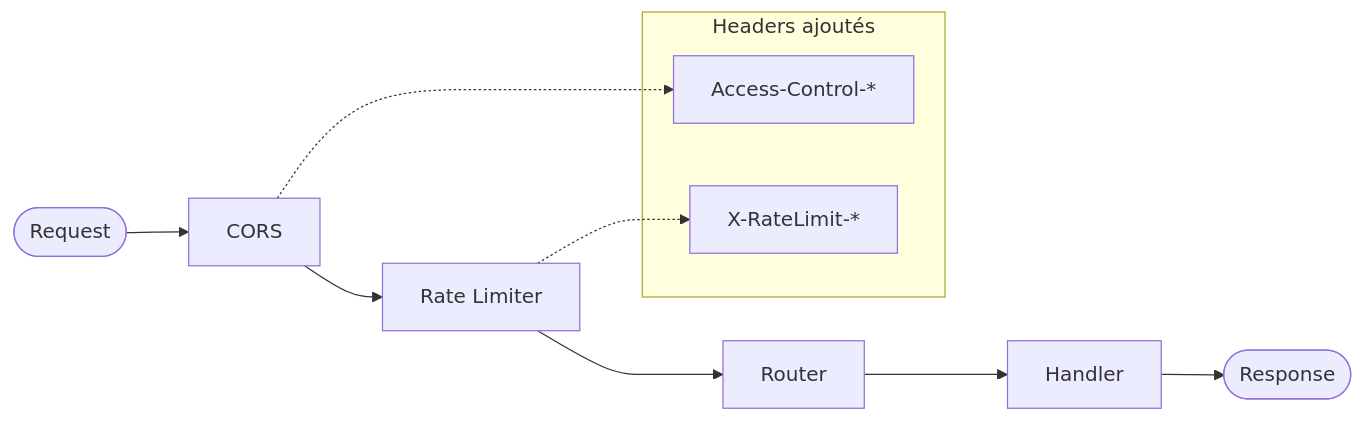
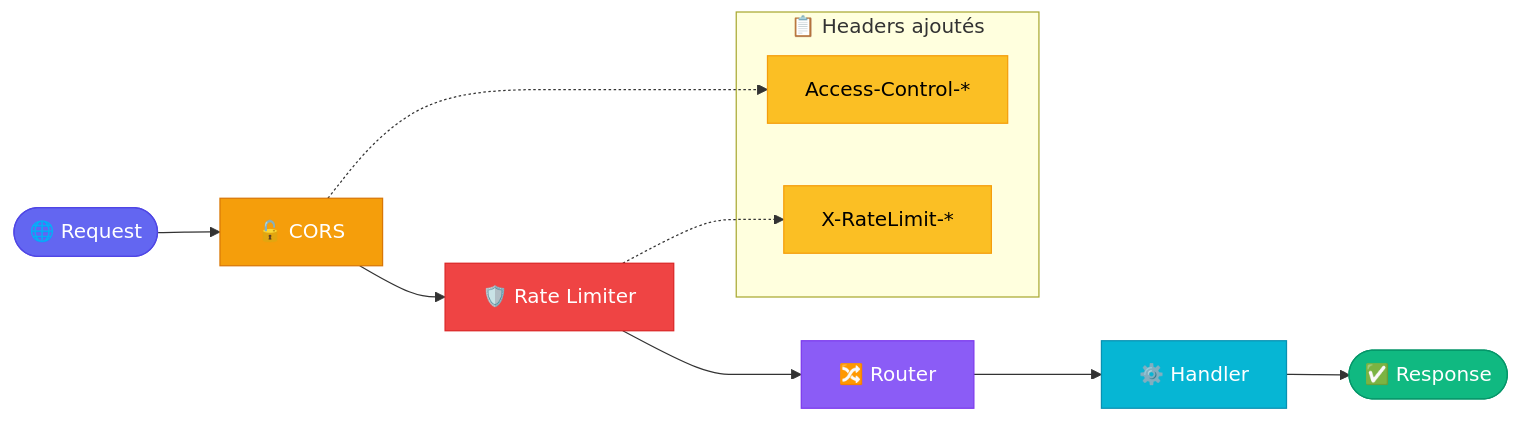
Diagram 13 of 14 in docs/diagrams.md (cedric-famibelle-pronzola/medias-francais-api), drawn with Mermaid before and after one commit. The commit also changed other lines of this file, not shown here.

Commit message:
docs: improve mermaid styles

````diff
--- a/docs/diagrams.md
+++ b/docs/diagrams.md
@@ -470,16 +560,25 @@
 ```mermaid
 flowchart LR
-    REQ([Request]) --> CORS
-    CORS[CORS] --> RL[Rate Limiter]
-    RL --> ROUTE[Router]
-    ROUTE --> HANDLER[Handler]
-    HANDLER --> RES([Response])
+    REQ([🌐 Request]) --> CORS
+    CORS[🔓 CORS] --> RL[🛡️ Rate Limiter]
+    RL --> ROUTE[🔀 Router]
+    ROUTE --> HANDLER[⚙️ Handler]
+    HANDLER --> RES([✅ Response])
 
-    subgraph Headers["Headers ajoutés"]
+    subgraph Headers["📋 Headers ajoutés"]
         H1[Access-Control-*]
         H2[X-RateLimit-*]
     end
 
     CORS -.-> H1
     RL -.-> H2
+
+    style REQ fill:#6366f1,stroke:#4f46e5,color:#fff
+    style CORS fill:#f59e0b,stroke:#d97706,color:#fff
+    style RL fill:#ef4444,stroke:#dc2626,color:#fff
+    style ROUTE fill:#8b5cf6,stroke:#7c3aed,color:#fff
+    style HANDLER fill:#06b6d4,stroke:#0891b2,color:#fff
+    style RES fill:#10b981,stroke:#059669,color:#fff
+    style H1 fill:#fbbf24,stroke:#f59e0b,color:#000
+    style H2 fill:#fbbf24,stroke:#f59e0b,color:#000
 ```
````
